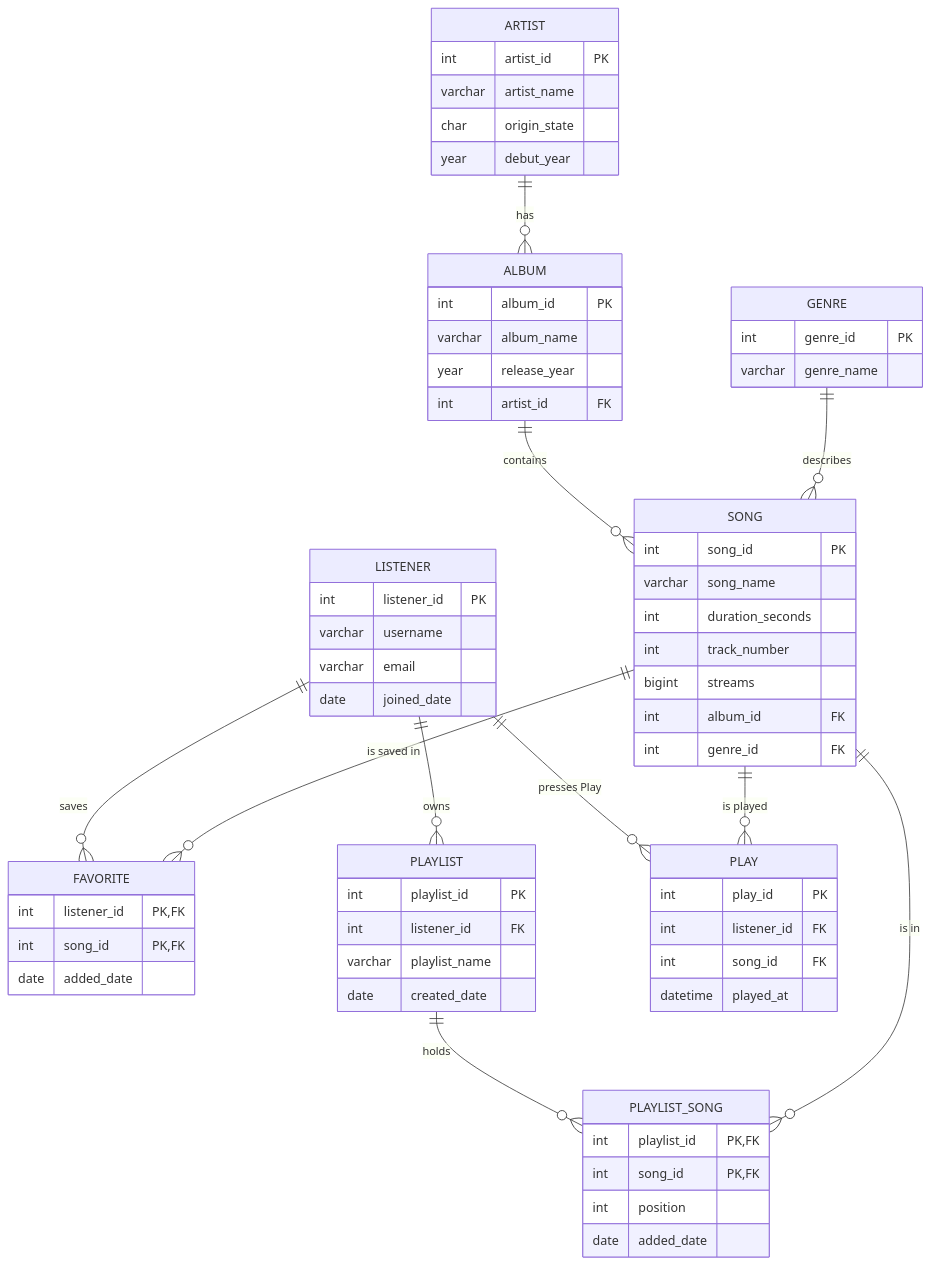
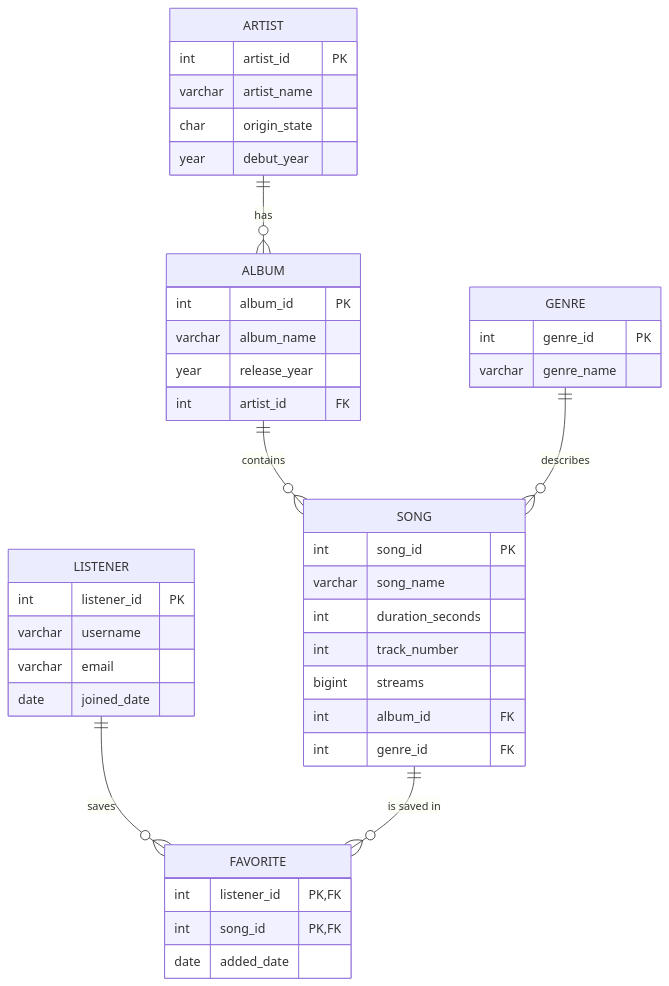
The diagram in docs/design.md (Hassansherafatmand/music_db), drawn with Mermaid before and after one commit. The commit also changed other lines of this file and 11 other files, not shown here.

````diff
--- a/docs/design.md
+++ b/docs/design.md
@@ -57,68 +48,45 @@
 ```mermaid
 erDiagram
     ARTIST ||--o{ ALBUM : "has"
     ALBUM ||--o{ SONG : "contains"
     GENRE ||--o{ SONG : "describes"
     LISTENER ||--o{ FAVORITE : "saves"
     SONG ||--o{ FAVORITE : "is saved in"
-    LISTENER ||--o{ PLAYLIST : "owns"
-    PLAYLIST ||--o{ PLAYLIST_SONG : "holds"
-    SONG ||--o{ PLAYLIST_SONG : "is in"
-    LISTENER ||--o{ PLAY : "presses Play"
-    SONG ||--o{ PLAY : "is played"
 
     ARTIST {
         int artist_id PK
         varchar artist_name
         char origin_state
         year debut_year
     }
     ALBUM {
         int album_id PK
         varchar album_name
         year release_year
         int artist_id FK
     }
     GENRE {
         int genre_id PK
         varchar genre_name
     }
     SONG {
         int song_id PK
         varchar song_name
         int duration_seconds
         int track_number
         bigint streams
         int album_id FK
         int genre_id FK
     }
     LISTENER {
         int listener_id PK
         varchar username
         varchar email
         date joined_date
     }
     FAVORITE {
         int listener_id PK, FK
         int song_id PK, FK
         date added_date
     }
-    PLAYLIST {
-        int playlist_id PK
-        int listener_id FK
-        varchar playlist_name
-        date created_date
-    }
-    PLAYLIST_SONG {
-        int playlist_id PK, FK
-        int song_id PK, FK
-        int position
-        date added_date
-    }
-    PLAY {
-        int play_id PK
-        int listener_id FK
-        int song_id FK
-        datetime played_at
-    }
 ```
````
